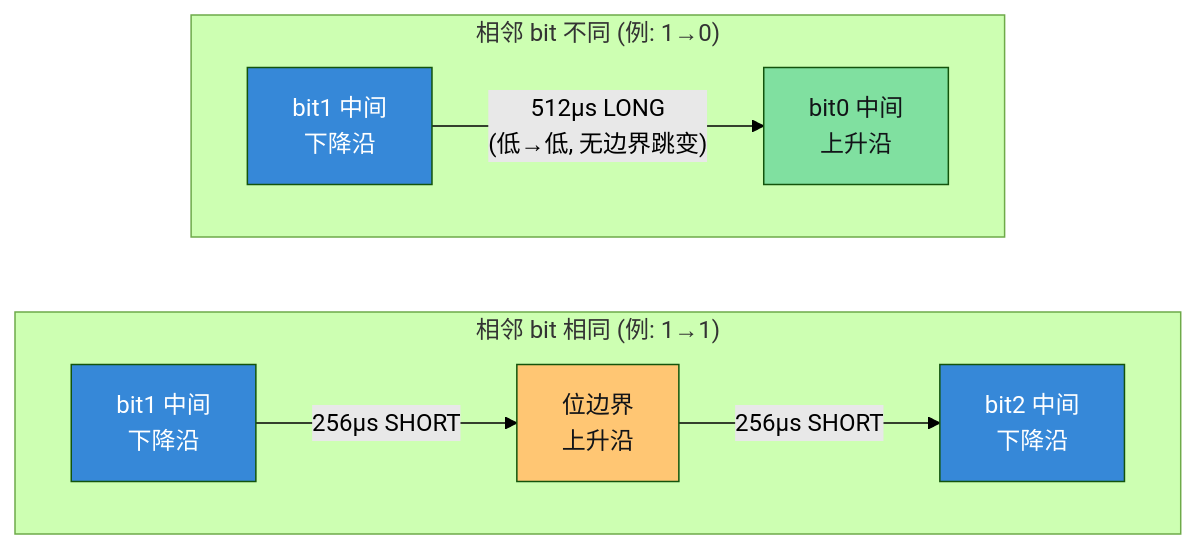
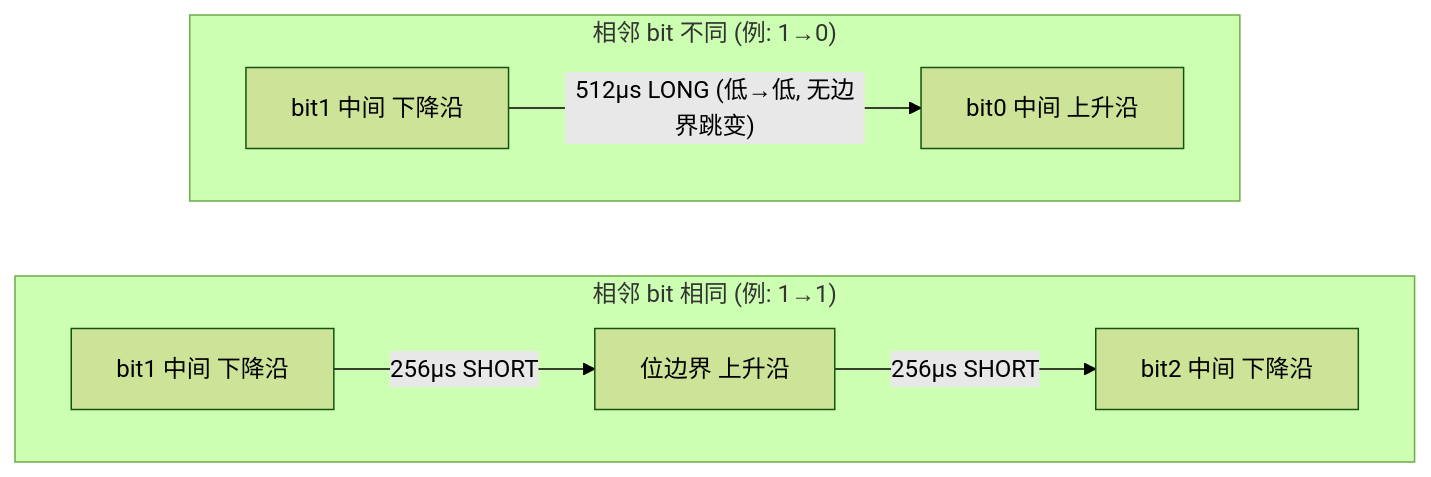
Before and after one commit to Siaiai/ObsidianNote: the third of 7 diagrams in 输出/SR3读卡器/EM4095详解.md, drawn with Mermaid (forest theme). The commit also changed other lines of this file and 1 other file, not shown here.

````diff
--- a/输出/SR3读卡器/EM4095详解.md
+++ b/输出/SR3读卡器/EM4095详解.md
@@ -110,35 +62,12 @@
 ```mermaid
+flowchart LR
+    subgraph same["相邻 bit 相同 (例: 1→1)"]
+        direction LR
+        A["bit1 中间 下降沿"] --"256µs SHORT"--> B["位边界 上升沿"] --"256µs SHORT"--> C["bit2 中间 下降沿"]
+    end
 
-flowchart LR
-
-    subgraph same["相邻 bit 相同 (例: 1→1)"]
-
-        direction LR
-
-        A["bit1 中间\n下降沿"] --"256µs SHORT"--> B["位边界\n上升沿"] --"256µs SHORT"--> C["bit2 中间\n下降沿"]
-
-    end
-
-  
-
-    subgraph diff["相邻 bit 不同 (例: 1→0)"]
-
-        direction LR
-
-        E["bit1 中间\n下降沿"] --"512µs LONG\n(低→低, 无边界跳变)"--> F["bit0 中间\n上升沿"]
-
-    end
-
-  
-
-    style A fill:#3688d8,color:#fff
-
-    style C fill:#3688d8,color:#fff
-
-    style E fill:#3688d8,color:#fff
-
-    style F fill:#80e0a0,color:#121418
-
-    style B fill:#ffc673,color:#121418
-
+    subgraph diff["相邻 bit 不同 (例: 1→0)"]
+        direction LR
+        E["bit1 中间 下降沿"] --"512µs LONG (低→低, 无边界跳变)"--> F["bit0 中间 上升沿"]
+    end
 ```
````
